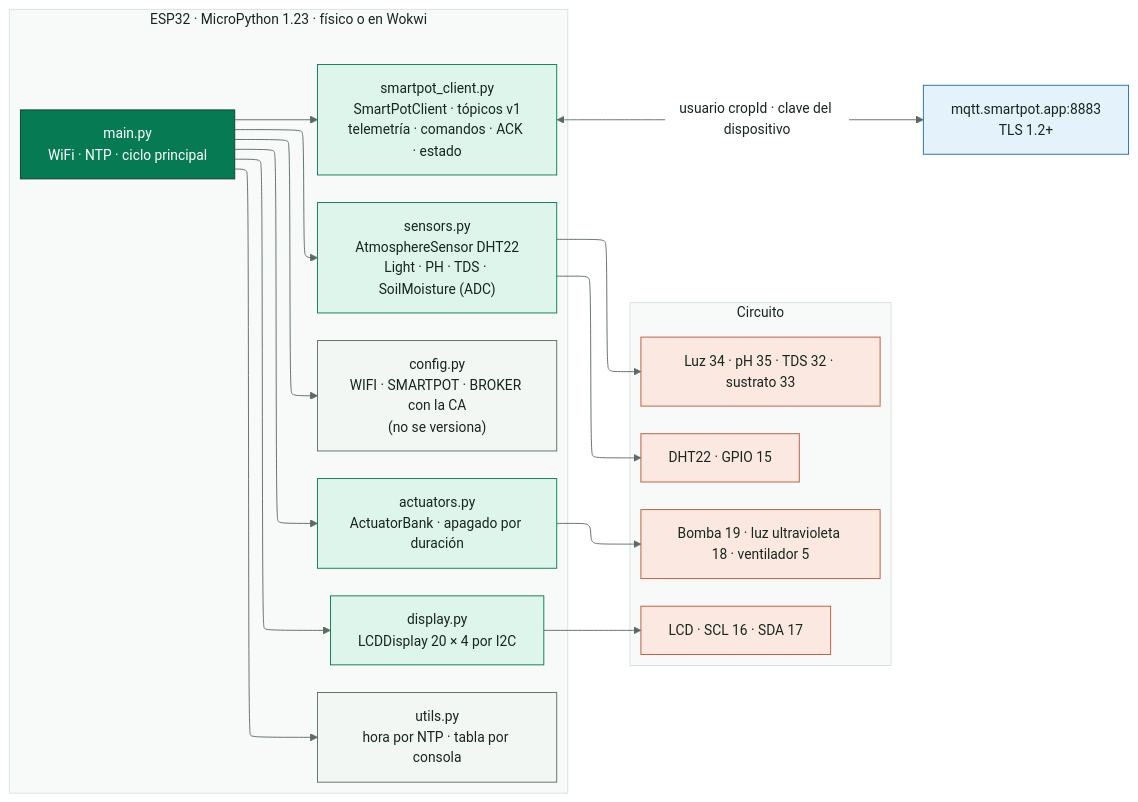
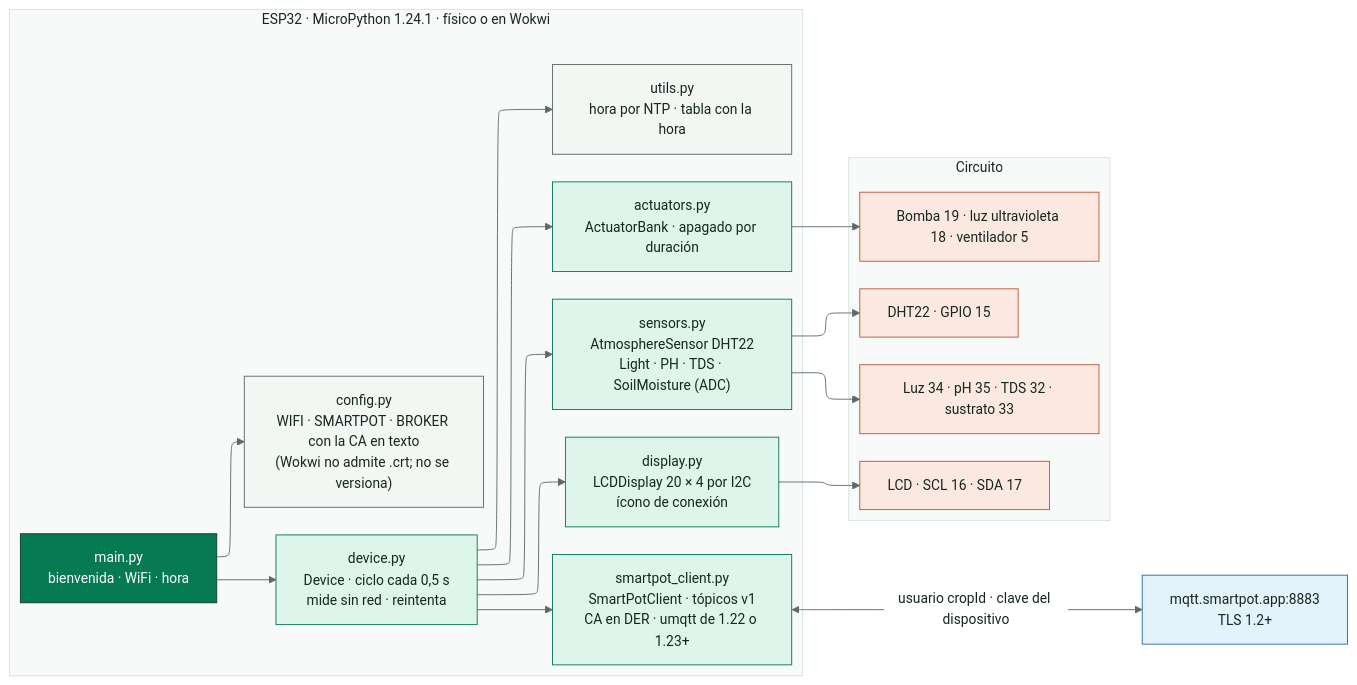
Before and after one commit to SmartPotTech/SmartPot-IoT: the diagram in docs/diagrams/SmartPot_IoT_Global_Component.mmd, drawn with Mermaid. The commit also changed 3 other files, not shown here.

```diff
--- a/docs/diagrams/SmartPot_IoT_Global_Component.mmd
+++ b/docs/diagrams/SmartPot_IoT_Global_Component.mmd
@@ -1,37 +1,39 @@
 %%{init: {"theme": "base", "fontFamily": "Segoe UI, Arial, sans-serif", "themeVariables": {"fontFamily": "Segoe UI, Arial, sans-serif", "fontSize": "15px", "primaryColor": "#DDF5EA", "primaryTextColor": "#17261F", "primaryBorderColor": "#067A52", "secondaryColor": "#E3F2FB", "secondaryTextColor": "#17261F", "secondaryBorderColor": "#1F6FA0", "tertiaryColor": "#F2F7F4", "tertiaryTextColor": "#17261F", "tertiaryBorderColor": "#D5E3DC", "lineColor": "#5B6B63", "textColor": "#17261F", "mainBkg": "#DDF5EA", "nodeBorder": "#067A52", "clusterBkg": "#F7FAF8", "clusterBorder": "#D5E3DC", "edgeLabelBackground": "#FFFFFF", "actorBkg": "#067A52", "actorBorder": "#0B3D2B", "actorTextColor": "#FFFFFF", "actorLineColor": "#5B6B63", "signalColor": "#17261F", "signalTextColor": "#17261F", "labelBoxBkgColor": "#0B3D2B", "labelBoxBorderColor": "#0B3D2B", "labelTextColor": "#FFFFFF", "loopTextColor": "#0B3D2B", "noteBkgColor": "#FDF4DD", "noteBorderColor": "#C98D12", "noteTextColor": "#17261F", "activationBkgColor": "#DDF5EA", "activationBorderColor": "#067A52", "attributeBackgroundColorOdd": "#FFFFFF", "attributeBackgroundColorEven": "#F2F7F4"}, "layout": "elk", "elk": {"nodePlacementStrategy": "BRANDES_KOEPF", "mergeEdges": false, "cycleBreakingStrategy": "GREEDY"}}}%%
 flowchart LR
-  subgraph esp["ESP32 · MicroPython 1.23 · físico o en Wokwi"]
+  subgraph esp["ESP32 · MicroPython 1.24.1 · físico o en Wokwi"]
     direction TB
-    main["main.py<br/>WiFi · NTP · ciclo principal"]
-    config["config.py<br/>WIFI · SMARTPOT · BROKER con la CA<br/>(no se versiona)"]
-    client["smartpot_client.py<br/>SmartPotClient · tópicos v1<br/>telemetría · comandos · ACK · estado"]
+    main["main.py<br/>bienvenida · WiFi · hora"]
+    device["device.py<br/>Device · ciclo cada 0,5 s<br/>mide sin red · reintenta"]
+    config["config.py<br/>WIFI · SMARTPOT · BROKER con la CA en texto<br/>(Wokwi no admite .crt; no se versiona)"]
+    client["smartpot_client.py<br/>SmartPotClient · tópicos v1<br/>CA en DER · umqtt de 1.22 o 1.23+"]
     sensors["sensors.py<br/>AtmosphereSensor DHT22<br/>Light · PH · TDS · SoilMoisture (ADC)"]
     actuators["actuators.py<br/>ActuatorBank · apagado por duración"]
-    display["display.py<br/>LCDDisplay 20 × 4 por I2C"]
-    utils["utils.py<br/>hora por NTP · tabla por consola"]
+    display["display.py<br/>LCDDisplay 20 × 4 por I2C<br/>ícono de conexión"]
+    utils["utils.py<br/>hora por NTP · tabla con la hora"]
   end
   subgraph hw["Circuito"]
     direction TB
     dht["DHT22 · GPIO 15"]
     adc["Luz 34 · pH 35 · TDS 32 · sustrato 33"]
     outs["Bomba 19 · luz ultravioleta 18 · ventilador 5"]
     lcd["LCD · SCL 16 · SDA 17"]
   end
   broker["mqtt.smartpot.app:8883<br/>TLS 1.2+"]
-  main --> config & client & sensors & actuators & display & utils
+  main --> config & device
+  device --> client & sensors & actuators & display & utils
   sensors --> dht & adc
   actuators --> outs
   display --> lcd
   client <-->|"usuario cropId · clave del dispositivo"| broker
   classDef leaf fill:#DDF5EA,stroke:#067A52,color:#17261F
   classDef water fill:#E3F2FB,stroke:#1F6FA0,color:#17261F
   classDef sun fill:#FDF4DD,stroke:#C98D12,color:#17261F
   classDef clay fill:#FBE9E1,stroke:#B85A38,color:#17261F
   classDef core fill:#067A52,stroke:#0B3D2B,color:#FFFFFF
   classDef deep fill:#0B3D2B,stroke:#06281C,color:#FFFFFF
   classDef muted fill:#F2F7F4,stroke:#5B6B63,color:#17261F
   class main core
   class config,utils muted
-  class client,sensors,actuators,display leaf
+  class client,sensors,actuators,display,device leaf
   class dht,adc,outs,lcd clay
   class broker water
```
